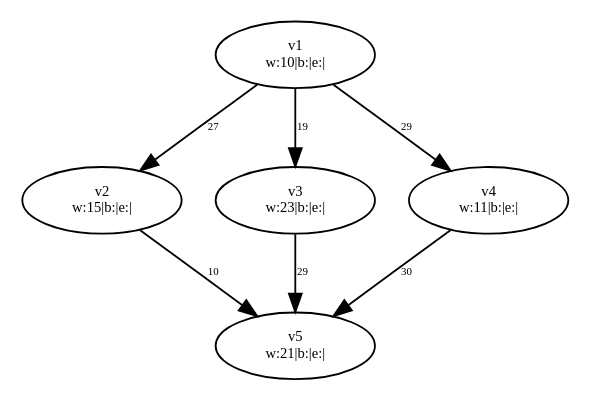
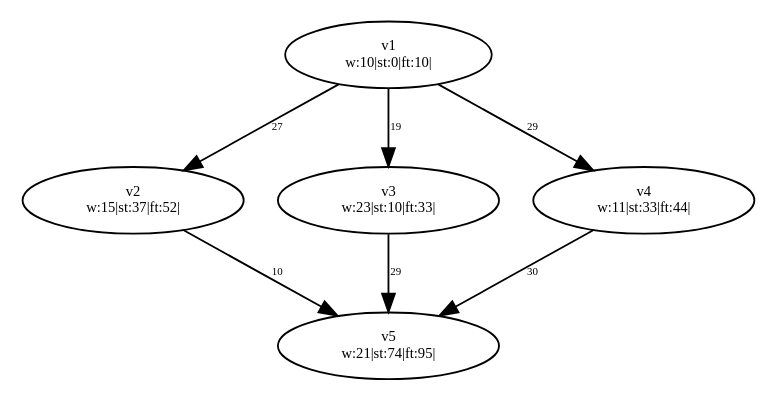
One commit to dexters1/Task-Scheduling-Based-on-Genetic-Algorithms changed the diagram in PythonApplication1/PythonApplication1/test-output/testingProccesingFunction.gv. Above: the diagram before and after it, drawn with Graphviz. The commit also changed 9 other files, not shown here.

```diff
--- a/PythonApplication1/PythonApplication1/test-output/testingProccesingFunction.gv
+++ b/PythonApplication1/PythonApplication1/test-output/testingProccesingFunction.gv
@@ -1,18 +1,18 @@
 digraph {
 	v1 [label="v1
-w:10|b:|e:|" fontsize=8.0]
+w:10|st:0|ft:10|" fontsize=8.0]
 	v2 [label="v2
-w:15|b:|e:|" fontsize=8.0]
+w:15|st:37|ft:52|" fontsize=8.0]
 	v3 [label="v3
-w:23|b:|e:|" fontsize=8.0]
+w:23|st:10|ft:33|" fontsize=8.0]
 	v4 [label="v4
-w:11|b:|e:|" fontsize=8.0]
+w:11|st:33|ft:44|" fontsize=8.0]
 	v5 [label="v5
-w:21|b:|e:|" fontsize=8.0]
+w:21|st:74|ft:95|" fontsize=8.0]
 	v1 -> v2 [label=27 constraint=true fontsize=6.0]
 	v1 -> v3 [label=19 constraint=true fontsize=6.0]
 	v1 -> v4 [label=29 constraint=true fontsize=6.0]
 	v2 -> v5 [label=10 constraint=true fontsize=6.0]
 	v3 -> v5 [label=29 constraint=true fontsize=6.0]
 	v4 -> v5 [label=30 constraint=true fontsize=6.0]
 }
```
